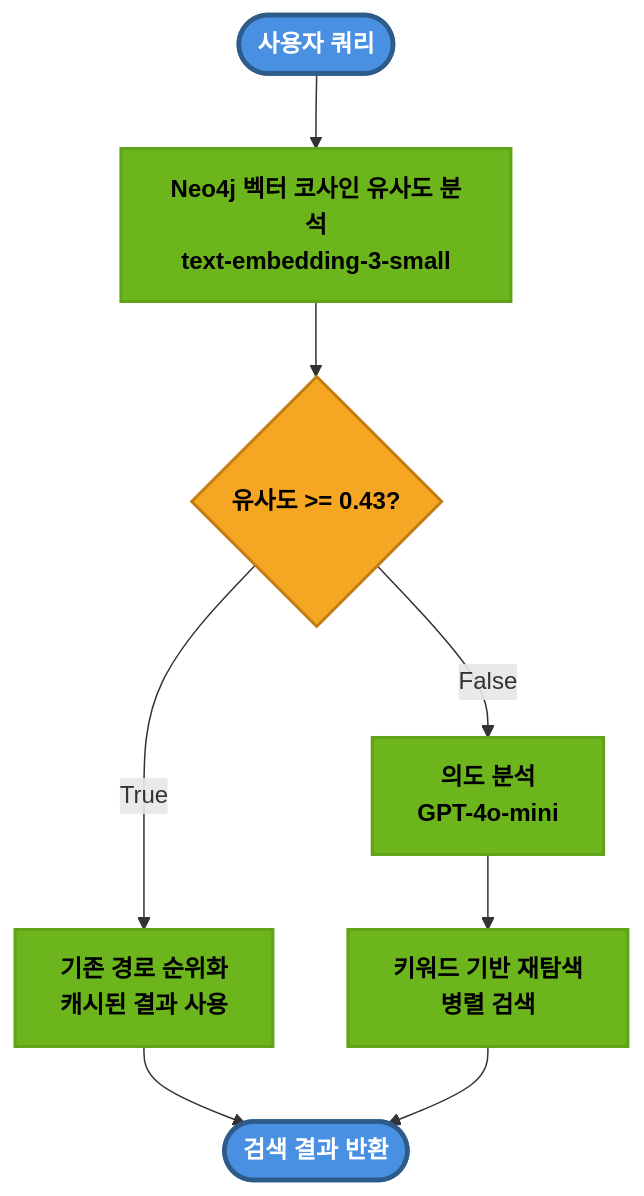
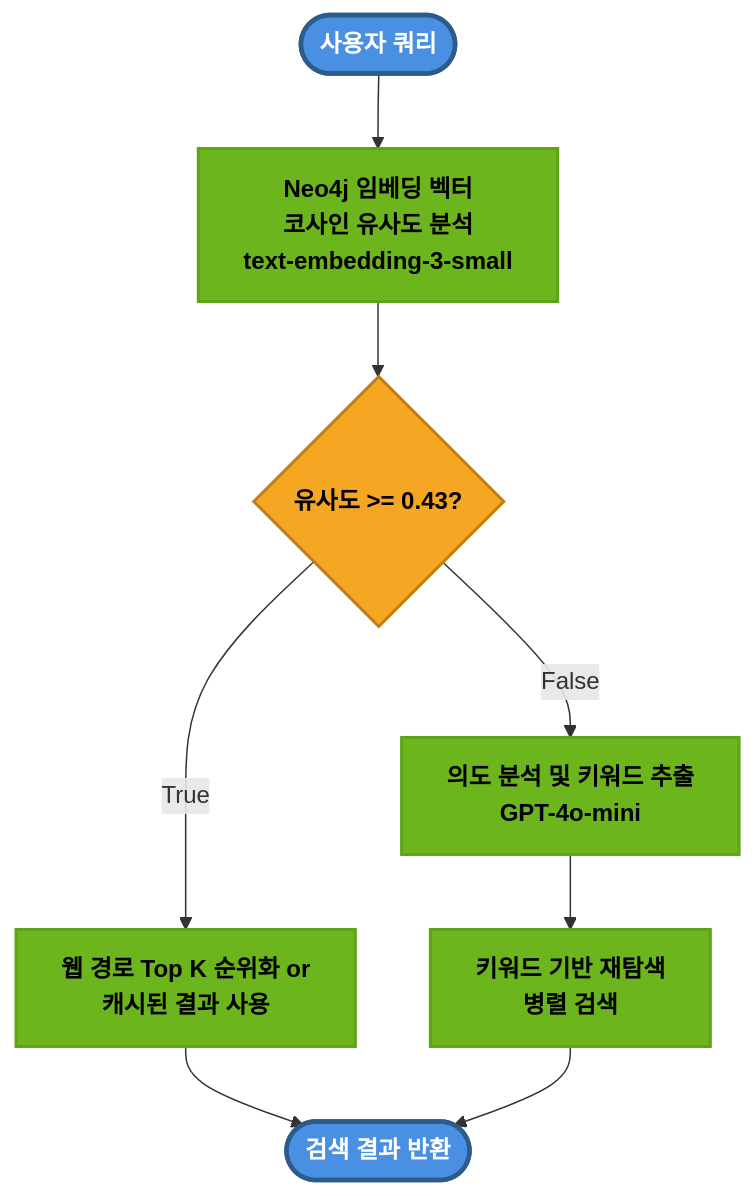
The first of 2 diagrams in README.md (Vovvser/vowser-mcp-server), drawn with Mermaid before and after one commit.

Commit message:
Docs: LangGraph 워크플로우 일부 수정

````diff
--- a/README.md
+++ b/README.md
@@ -19,21 +19,21 @@
 ```mermaid
 graph TB
-    Start([사용자 쿼리]) --> Similarity[Neo4j 벡터 코사인 유사도 분석<br/>text-embedding-3-small]
+    Start([사용자 쿼리]) --> Similarity[Neo4j 임베딩 벡터<br/>코사인 유사도 분석<br/>text-embedding-3-small]
     
     Similarity --> Decision{유사도 >= 0.43?}
     
-    Decision -->|True| RankPaths[기존 경로 순위화<br/>캐시된 결과 사용]
-    Decision -->|False| Intent[의도 분석<br/>GPT-4o-mini]
+    Decision -->|True| RankPaths[웹 경로 Top K 순위화 or<br/>캐시된 결과 사용]
+    Decision -->|False| Intent[의도 분석 및 키워드 추출<br/>GPT-4o-mini]
     
     Intent --> Rediscover[키워드 기반 재탐색<br/>병렬 검색]
     
     RankPaths --> End([검색 결과 반환])
     Rediscover --> End
     
     classDef orange fill:#F5A623,stroke:#C17D11,stroke-width:2px,color:#000,font-weight:bold
     classDef green fill:#6CB51C,stroke:#5FA319,stroke-width:2px,color:#000,font-weight:bold
     classDef skyblue fill:#4A90E2,stroke:#2E5C8A,stroke-width:3px,color:#fff,font-weight:bold
     class Start,End skyblue
     class Decision orange
     class Similarity,RankPaths,RankPaths,Intent,Rediscover green
 ```
````
